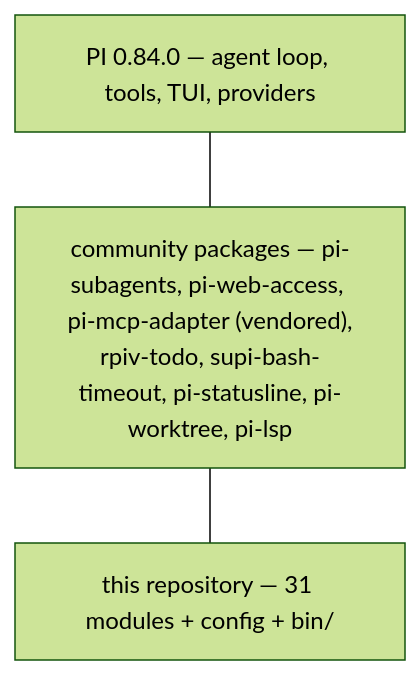
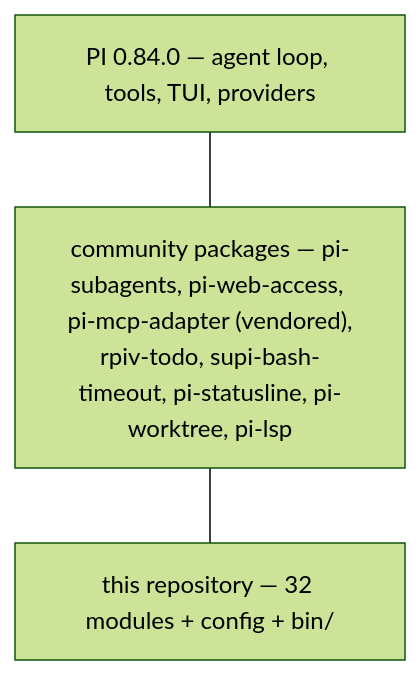
The second of 3 diagrams in docs/concepts/architecture.md (DresvyanskiyDenis/PiON), drawn with Mermaid (forest theme) before and after one commit. The commit also changed other lines of this file and 25 other files, not shown here.

````diff
--- a/docs/concepts/architecture.md
+++ b/docs/concepts/architecture.md
@@ -88,7 +88,7 @@
 ```mermaid
 flowchart TB
     PI["PI 0.84.0 — agent loop, tools, TUI, providers"]
     PKG["community packages — pi-subagents, pi-web-access, pi-mcp-adapter (vendored),<br/>rpiv-todo, supi-bash-timeout, pi-statusline, pi-worktree, pi-lsp"]
-    OURS["this repository — 31 modules + config + bin/"]
+    OURS["this repository — 32 modules + config + bin/"]
     PI --- PKG --- OURS
 ```
````
